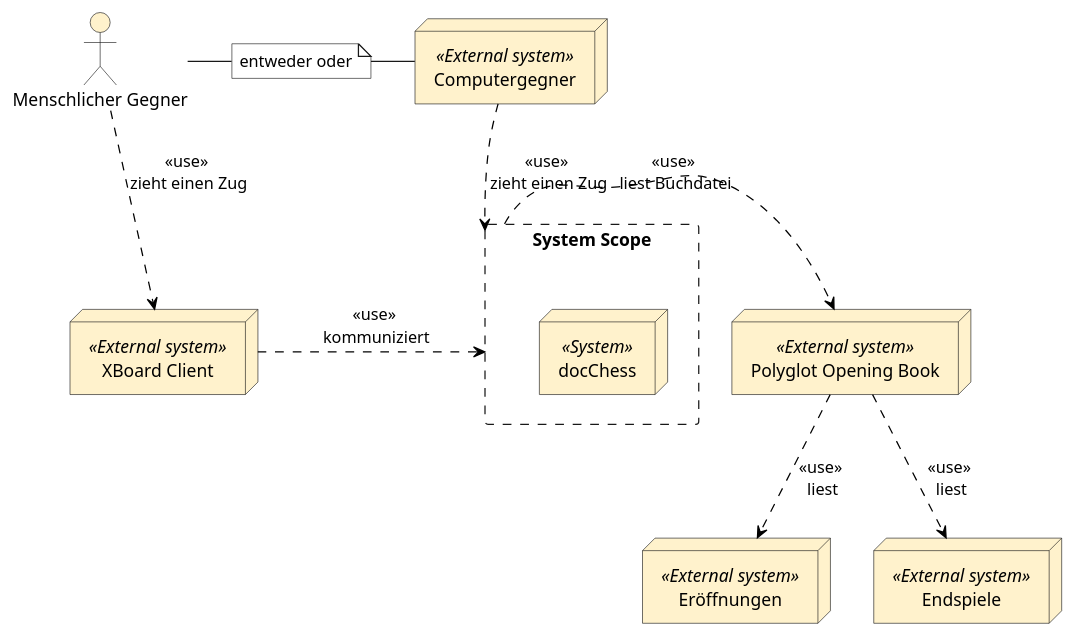
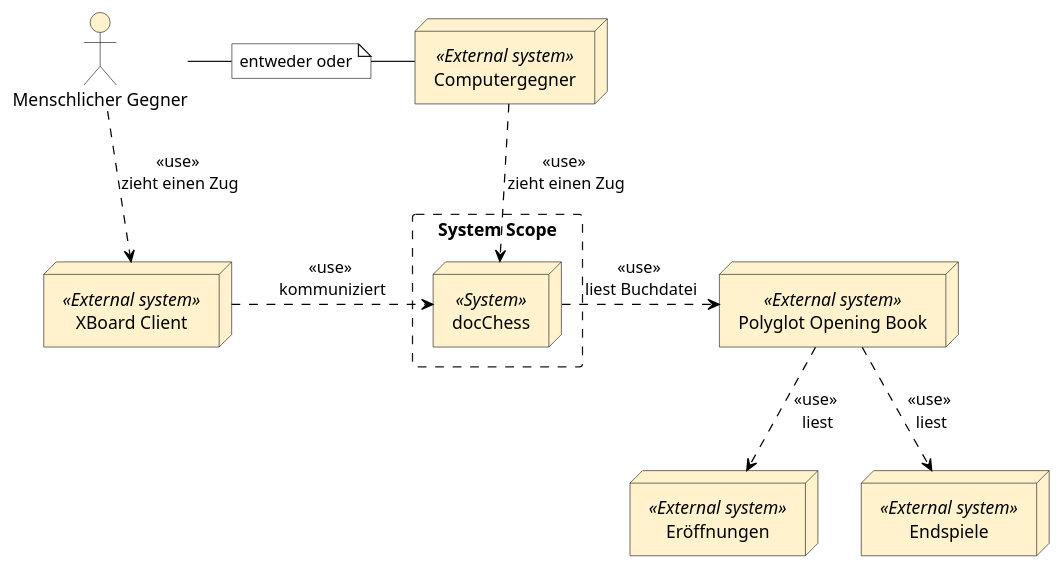
Before and after one commit to YanChunChang/BA_Plantuml: the diagram in DocChess/system-context-without-position.plantuml, drawn with PlantUML. The commit also changed 2 other files, not shown here.

```diff
--- a/DocChess/system-context-without-position.plantuml
+++ b/DocChess/system-context-without-position.plantuml
@@ -1,25 +1,25 @@
 @startuml DocChess system context
 'left to right direction
 
 :Menschlicher Gegner: as s #fff2cc
 rectangle "System Scope" as SystemScope #line.dashed{
     node "docChess" << System >> as d #fff2cc
 }
 node "XBoard Client" << External system >> as x #fff2cc
 node "Computergegner" << External system >> as c #fff2cc
 node "Polyglot Opening Book" << External system >> as p #fff2cc
 node "Eröffnungen" << External system >> as e #fff2cc
 node "Endspiele" << External system >> as end #fff2cc
 
 note "entweder oder" as n #ffffff
 
 s --> x  #black;line.dashed;:<<use>> \nzieht einen Zug
-x -> SystemScope  #black;line.dashed;:<<use>> \nkommuniziert
-c --> SystemScope  #black;line.dashed;:<<use>> \nzieht einen Zug
-SystemScope -> p  #black;line.dashed;:<<use>> \nliest Buchdatei
+x -> d  #black;line.dashed;:<<use>> \nkommuniziert
+c --> d  #black;line.dashed;:<<use>> \nzieht einen Zug
+d -> p  #black;line.dashed;:<<use>> \nliest Buchdatei
 p --> e #black;line.dashed;:<<use>> \nliest
 p --> end #black;line.dashed;:<<use>> \nliest
 s - n
 n - c
 
 @enduml
```
